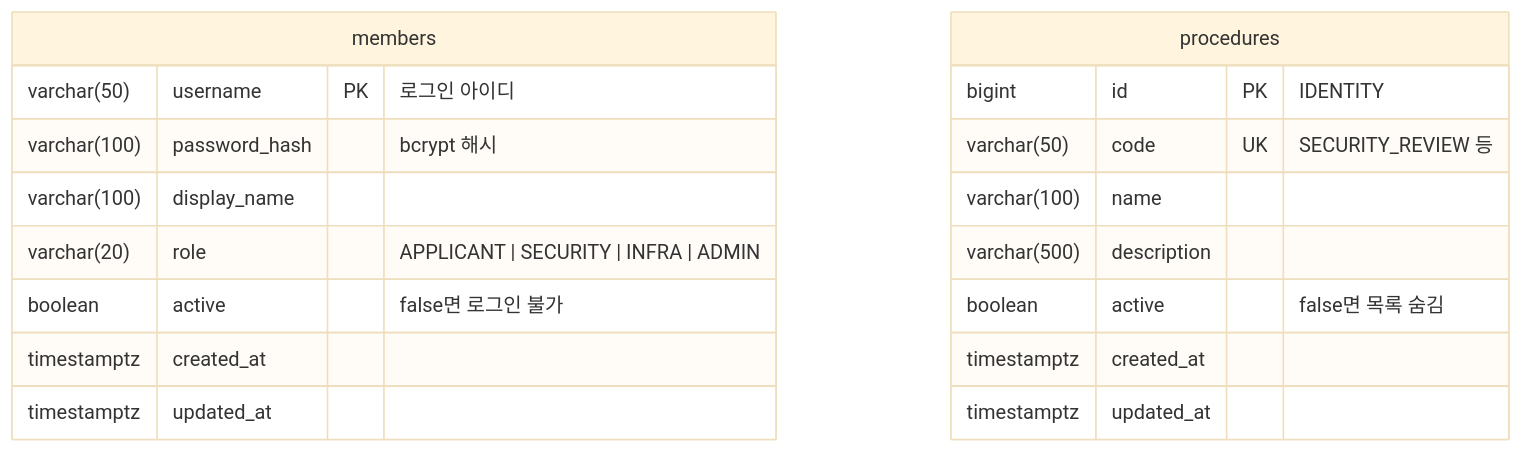
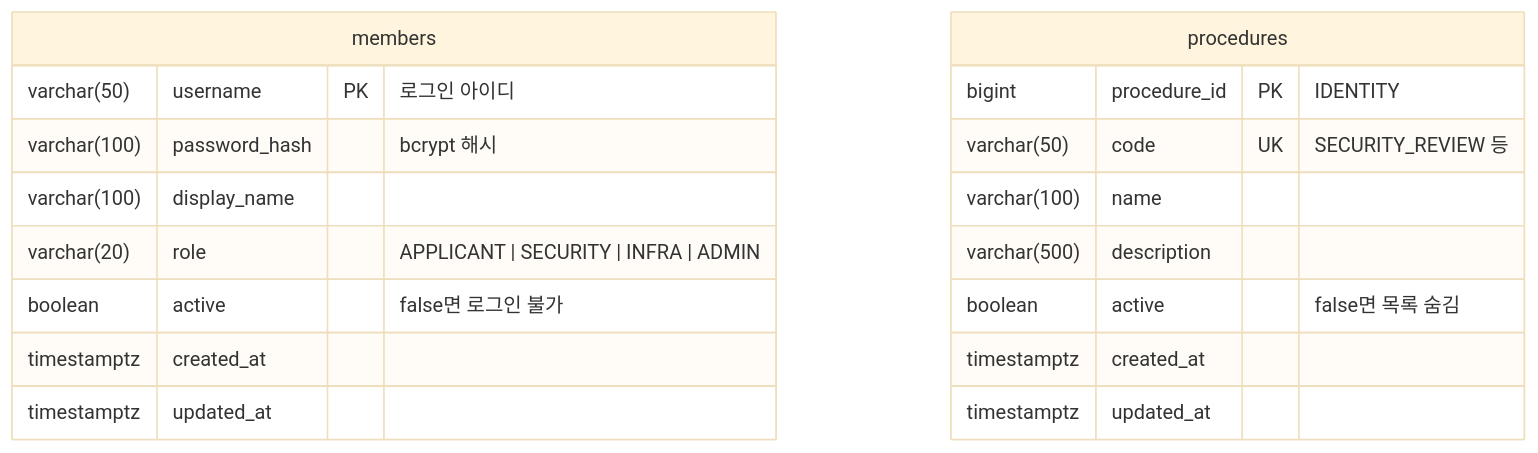
The first of 2 diagrams in README.md (team-khfc/Security-Advisor-Back), drawn with Mermaid (base theme) before and after one commit. The commit also changed other lines of this file and 2 other files, not shown here.

First line of the commit message:
refactor(procedure): 기본 키 컬럼을 procedure_id로 변경, README에 컬럼 이름·형식 규칙 반영

````diff
--- a/README.md
+++ b/README.md
@@ -33,21 +33,21 @@
 ```mermaid
 erDiagram
     members {
         varchar(50)  username PK "로그인 아이디"
         varchar(100) password_hash "bcrypt 해시"
         varchar(100) display_name
         varchar(20)  role "APPLICANT | SECURITY | INFRA | ADMIN"
         boolean      active "false면 로그인 불가"
         timestamptz  created_at
         timestamptz  updated_at
     }
     procedures {
-        bigint       id PK "IDENTITY"
+        bigint       procedure_id PK "IDENTITY"
         varchar(50)  code UK "SECURITY_REVIEW 등"
         varchar(100) name
         varchar(500) description
         boolean      active "false면 목록 숨김"
         timestamptz  created_at
         timestamptz  updated_at
     }
 ```
````
